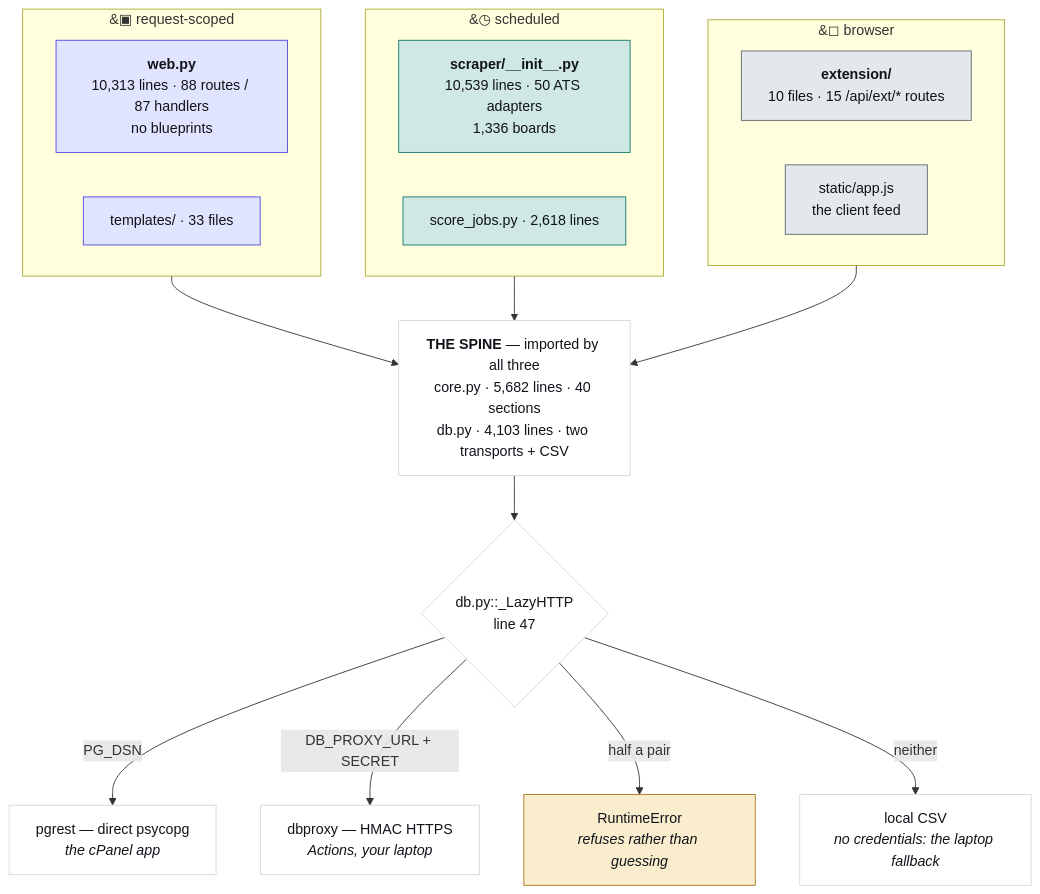
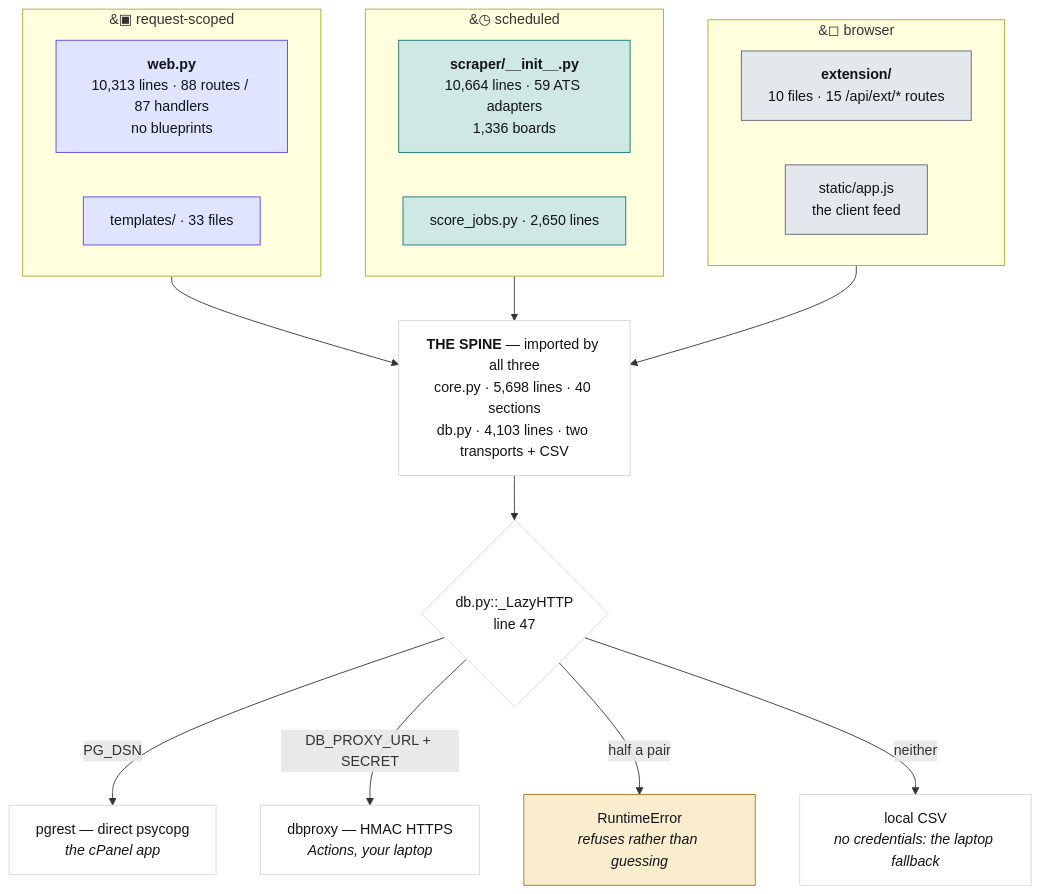
The first of 4 diagrams in JobMatch Scraper/docs/ARCHITECTURE.md (hadakunal909-debug/job-search-tool), drawn with Mermaid before and after one commit. The commit also changed other lines of this file and 36 other files, not shown here.

````diff
--- a/JobMatch Scraper/docs/ARCHITECTURE.md
+++ b/JobMatch Scraper/docs/ARCHITECTURE.md
@@ -48,34 +48,34 @@
 ```mermaid
 flowchart TB
   subgraph REQ["&#9635; request-scoped"]
     W["<b>web.py</b><br/>10,313 lines · 88 routes / 87 handlers<br/>no blueprints"]
     T["templates/ · 33 files"]
   end
   subgraph SCH["&#9719; scheduled"]
-    S["<b>scraper/__init__.py</b><br/>10,539 lines · 50 ATS adapters<br/>1,336 boards"]
-    J["score_jobs.py · 2,618 lines"]
+    S["<b>scraper/__init__.py</b><br/>10,664 lines · 59 ATS adapters<br/>1,336 boards"]
+    J["score_jobs.py · 2,650 lines"]
   end
   subgraph CLI["&#9723; browser"]
     E["<b>extension/</b><br/>10 files · 15 /api/ext/* routes"]
     A["static/app.js<br/>the client feed"]
   end
-  SPINE["<b>THE SPINE</b> — imported by all three<br/>core.py · 5,682 lines · 40 sections<br/>db.py · 4,103 lines · two transports + CSV"]
+  SPINE["<b>THE SPINE</b> — imported by all three<br/>core.py · 5,698 lines · 40 sections<br/>db.py · 4,103 lines · two transports + CSV"]
   REQ --> SPINE
   SCH --> SPINE
   CLI --> SPINE
   SPINE --> D{"db.py::_LazyHTTP<br/>line 47"}
   D -->|"PG_DSN"| P["pgrest — direct psycopg<br/><i>the cPanel app</i>"]
   D -->|"DB_PROXY_URL + SECRET"| X["dbproxy — HMAC HTTPS<br/><i>Actions, your laptop</i>"]
   D -->|"half a pair"| R["RuntimeError<br/><i>refuses rather than guessing</i>"]
   D -->|"neither"| V["local CSV<br/><i>no credentials: the laptop fallback</i>"]
   classDef web fill:#e0e4fe,stroke:#4f46e5,color:#101319
   classDef sched fill:#cfe8e3,stroke:#0f766e,color:#101319
   classDef client fill:#e4e7ec,stroke:#5f6573,color:#101319
   classDef trap fill:#f9edcd,stroke:#a8781a,color:#101319
   classDef plain fill:#ffffff,stroke:#d3d7df,color:#101319
   class W,T web
   class S,J sched
   class E,A client
   class R trap
   class SPINE,D,P,X,V plain
 ```
````
